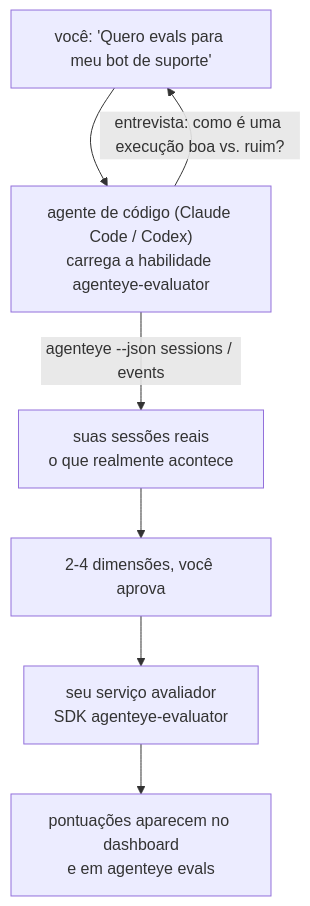
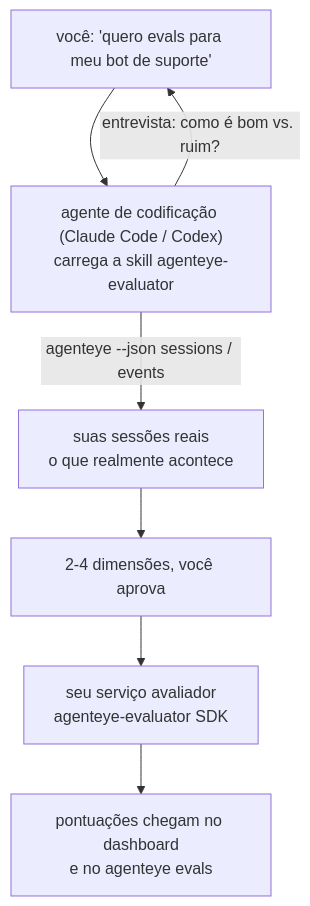
The diagram in docs/pt-br/agenteye/evaluator-skill.mdx (FailproofAI/failproofai), drawn with Mermaid before and after one commit. The commit also changed other lines of this file and 651 other files, not shown here.

````diff
--- a/docs/pt-br/agenteye/evaluator-skill.mdx
+++ b/docs/pt-br/agenteye/evaluator-skill.mdx
@@ -21,9 +21,9 @@
 ```mermaid
 flowchart TD
-    YOU["você: 'Quero evals para meu bot de suporte'"] --> AGENT["agente de código (Claude Code / Codex)<br/>carrega a habilidade agenteye-evaluator"]
-    AGENT -->|"entrevista: como é uma execução boa vs. ruim?"| YOU
+    YOU["você: 'quero evals para meu bot de suporte'"] --> AGENT["agente de codificação (Claude Code / Codex)<br/>carrega a skill agenteye-evaluator"]
+    AGENT -->|"entrevista: como é bom vs. ruim?"| YOU
     AGENT -->|"agenteye --json sessions / events"| DATA["suas sessões reais<br/>o que realmente acontece"]
     DATA --> DIMS["2-4 dimensões, você aprova"]
-    DIMS --> SVC["seu serviço avaliador<br/>SDK agenteye-evaluator"]
-    SVC --> SCORES["pontuações aparecem no dashboard<br/>e em agenteye evals"]
+    DIMS --> SVC["seu serviço avaliador<br/>agenteye-evaluator SDK"]
+    SVC --> SCORES["pontuações chegam no dashboard<br/>e no agenteye evals"]
 ```
````
